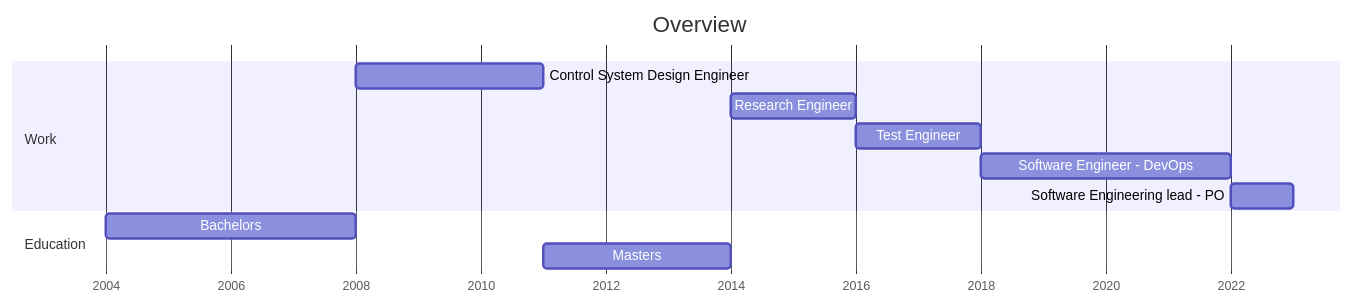
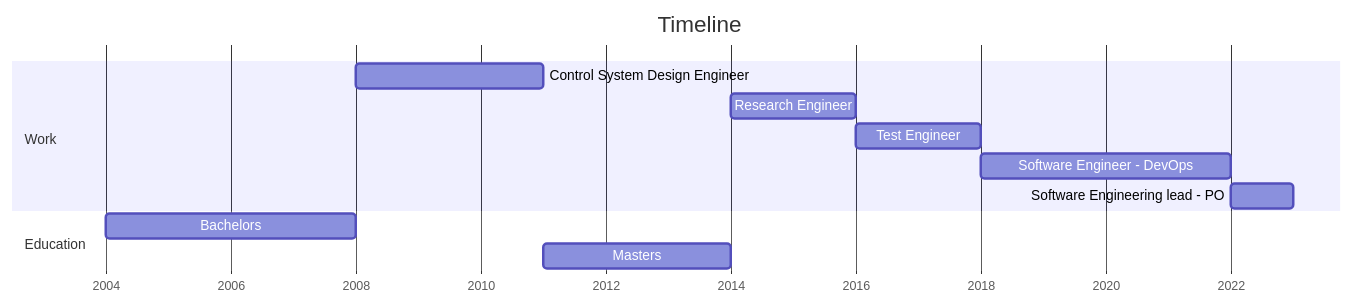
One commit to kar-ven/kar-ven.github.io changed the diagram in README.md. Above: the diagram before and after it, drawn with Mermaid. The commit also changed other lines of this file, not shown here.

```diff
--- a/README.md
+++ b/README.md
@@ -5,16 +5,16 @@
 <pre class="mermaid">
 gantt
-    title Overview
+    title Timeline
     dateFormat YYYY
     axisFormat %Y
     tickInterval 5Y
     section Work
     Control System Design Engineer :2008, 2011
     Research Engineer              :2014, 2016
     Test Engineer                  :2016, 2018
     Software Engineer - DevOps     :2018, 2022
     Software Engineering lead - PO :2022, 2023
     Section Education
     Bachelors                      :2004, 2008
     Masters                        :2011, 2014
 </pre>
```
